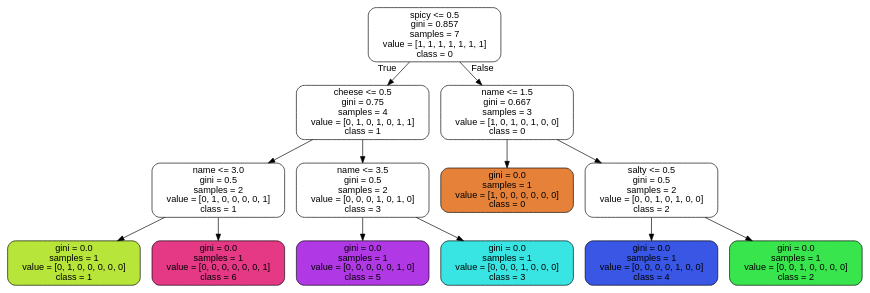
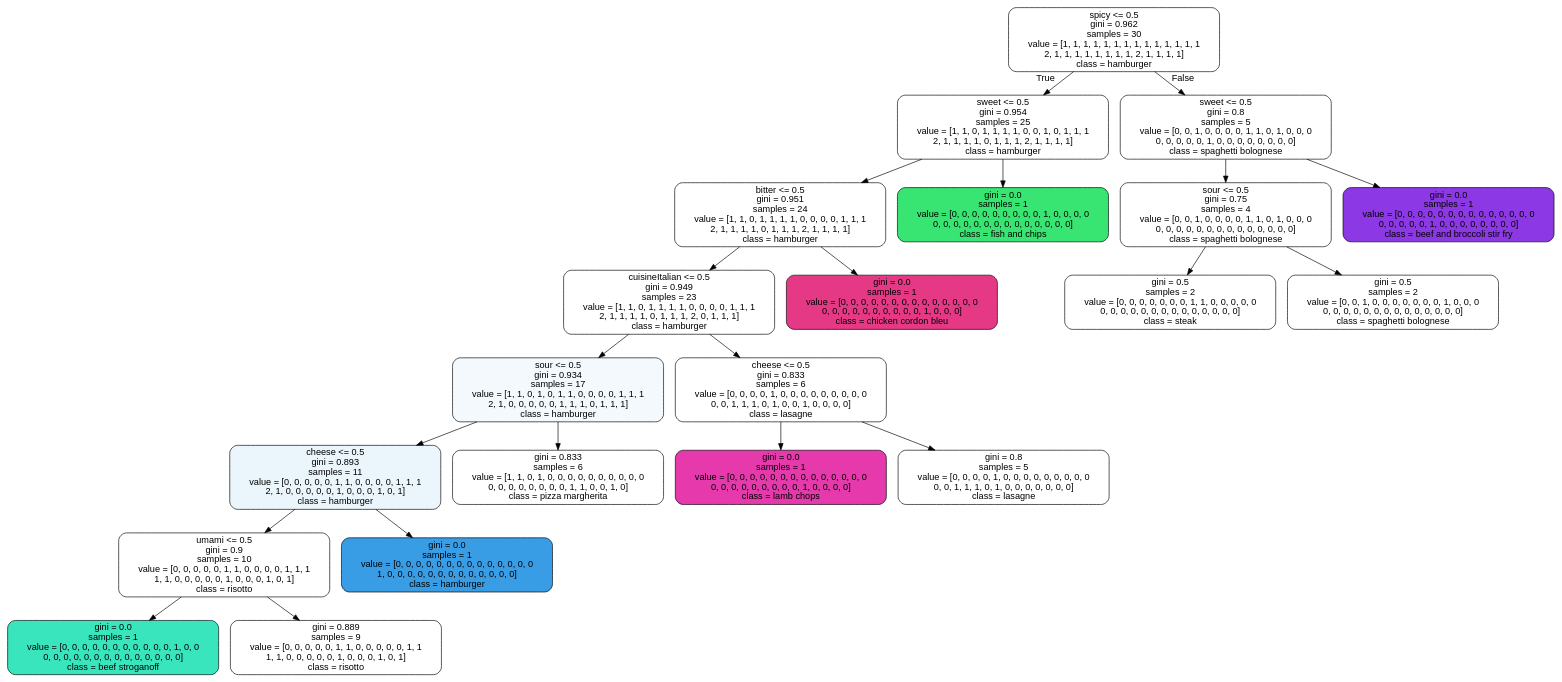
The diagram in iris_tree.dot (PawelManczak/Food-Akinator), drawn with Graphviz before and after one commit. The commit also changed 12 other files, not shown here.

```diff
--- a/iris_tree.dot
+++ b/iris_tree.dot
@@ -1,29 +1,45 @@
 digraph Tree {
 node [shape=box, style="filled, rounded", color="black", fontname="helvetica"] ;
 edge [fontname="helvetica"] ;
-0 [label="spicy <= 0.5\ngini = 0.857\nsamples = 7\nvalue = [1, 1, 1, 1, 1, 1, 1]\nclass = 0", fillcolor="#ffffff"] ;
-1 [label="cheese <= 0.5\ngini = 0.75\nsamples = 4\nvalue = [0, 1, 0, 1, 0, 1, 1]\nclass = 1", fillcolor="#ffffff"] ;
+0 [label="spicy <= 0.5\ngini = 0.962\nsamples = 30\nvalue = [1, 1, 1, 1, 1, 1, 1, 1, 1, 1, 1, 1, 1, 1\n2, 1, 1, 1, 1, 1, 1, 1, 1, 2, 1, 1, 1, 1]\nclass = hamburger", fillcolor="#ffffff"] ;
+1 [label="sweet <= 0.5\ngini = 0.954\nsamples = 25\nvalue = [1, 1, 0, 1, 1, 1, 1, 0, 0, 1, 0, 1, 1, 1\n2, 1, 1, 1, 1, 0, 1, 1, 1, 2, 1, 1, 1, 1]\nclass = hamburger", fillcolor="#ffffff"] ;
 0 -> 1 [labeldistance=2.5, labelangle=45, headlabel="True"] ;
-2 [label="name <= 3.0\ngini = 0.5\nsamples = 2\nvalue = [0, 1, 0, 0, 0, 0, 1]\nclass = 1", fillcolor="#ffffff"] ;
+2 [label="bitter <= 0.5\ngini = 0.951\nsamples = 24\nvalue = [1, 1, 0, 1, 1, 1, 1, 0, 0, 0, 0, 1, 1, 1\n2, 1, 1, 1, 1, 0, 1, 1, 1, 2, 1, 1, 1, 1]\nclass = hamburger", fillcolor="#ffffff"] ;
 1 -> 2 ;
-3 [label="gini = 0.0\nsamples = 1\nvalue = [0, 1, 0, 0, 0, 0, 0]\nclass = 1", fillcolor="#b7e539"] ;
+3 [label="cuisineItalian <= 0.5\ngini = 0.949\nsamples = 23\nvalue = [1, 1, 0, 1, 1, 1, 1, 0, 0, 0, 0, 1, 1, 1\n2, 1, 1, 1, 1, 0, 1, 1, 1, 2, 0, 1, 1, 1]\nclass = hamburger", fillcolor="#ffffff"] ;
 2 -> 3 ;
-4 [label="gini = 0.0\nsamples = 1\nvalue = [0, 0, 0, 0, 0, 0, 1]\nclass = 6", fillcolor="#e53986"] ;
-2 -> 4 ;
-5 [label="name <= 3.5\ngini = 0.5\nsamples = 2\nvalue = [0, 0, 0, 1, 0, 1, 0]\nclass = 3", fillcolor="#ffffff"] ;
-1 -> 5 ;
-6 [label="gini = 0.0\nsamples = 1\nvalue = [0, 0, 0, 0, 0, 1, 0]\nclass = 5", fillcolor="#b139e5"] ;
+4 [label="sour <= 0.5\ngini = 0.934\nsamples = 17\nvalue = [1, 1, 0, 1, 0, 1, 1, 0, 0, 0, 0, 1, 1, 1\n2, 1, 0, 0, 0, 0, 0, 1, 1, 1, 0, 1, 1, 1]\nclass = hamburger", fillcolor="#f3f9fd"] ;
+3 -> 4 ;
+5 [label="cheese <= 0.5\ngini = 0.893\nsamples = 11\nvalue = [0, 0, 0, 0, 0, 1, 1, 0, 0, 0, 0, 1, 1, 1\n2, 1, 0, 0, 0, 0, 0, 1, 0, 0, 0, 1, 0, 1]\nclass = hamburger", fillcolor="#ebf5fc"] ;
+4 -> 5 ;
+6 [label="umami <= 0.5\ngini = 0.9\nsamples = 10\nvalue = [0, 0, 0, 0, 0, 1, 1, 0, 0, 0, 0, 1, 1, 1\n1, 1, 0, 0, 0, 0, 0, 1, 0, 0, 0, 1, 0, 1]\nclass = risotto", fillcolor="#ffffff"] ;
 5 -> 6 ;
-7 [label="gini = 0.0\nsamples = 1\nvalue = [0, 0, 0, 1, 0, 0, 0]\nclass = 3", fillcolor="#39e5e2"] ;
-5 -> 7 ;
-8 [label="name <= 1.5\ngini = 0.667\nsamples = 3\nvalue = [1, 0, 1, 0, 1, 0, 0]\nclass = 0", fillcolor="#ffffff"] ;
-0 -> 8 [labeldistance=2.5, labelangle=-45, headlabel="False"] ;
-9 [label="gini = 0.0\nsamples = 1\nvalue = [1, 0, 0, 0, 0, 0, 0]\nclass = 0", fillcolor="#e58139"] ;
-8 -> 9 ;
-10 [label="salty <= 0.5\ngini = 0.5\nsamples = 2\nvalue = [0, 0, 1, 0, 1, 0, 0]\nclass = 2", fillcolor="#ffffff"] ;
-8 -> 10 ;
-11 [label="gini = 0.0\nsamples = 1\nvalue = [0, 0, 0, 0, 1, 0, 0]\nclass = 4", fillcolor="#3956e5"] ;
-10 -> 11 ;
-12 [label="gini = 0.0\nsamples = 1\nvalue = [0, 0, 1, 0, 0, 0, 0]\nclass = 2", fillcolor="#39e54d"] ;
-10 -> 12 ;
+7 [label="gini = 0.0\nsamples = 1\nvalue = [0, 0, 0, 0, 0, 0, 0, 0, 0, 0, 0, 1, 0, 0\n0, 0, 0, 0, 0, 0, 0, 0, 0, 0, 0, 0, 0, 0]\nclass = beef stroganoff", fillcolor="#39e5bd"] ;
+6 -> 7 ;
+8 [label="gini = 0.889\nsamples = 9\nvalue = [0, 0, 0, 0, 0, 1, 1, 0, 0, 0, 0, 0, 1, 1\n1, 1, 0, 0, 0, 0, 0, 1, 0, 0, 0, 1, 0, 1]\nclass = risotto", fillcolor="#ffffff"] ;
+6 -> 8 ;
+9 [label="gini = 0.0\nsamples = 1\nvalue = [0, 0, 0, 0, 0, 0, 0, 0, 0, 0, 0, 0, 0, 0\n1, 0, 0, 0, 0, 0, 0, 0, 0, 0, 0, 0, 0, 0]\nclass = hamburger", fillcolor="#399de5"] ;
+5 -> 9 ;
+10 [label="gini = 0.833\nsamples = 6\nvalue = [1, 1, 0, 1, 0, 0, 0, 0, 0, 0, 0, 0, 0, 0\n0, 0, 0, 0, 0, 0, 0, 0, 1, 1, 0, 0, 1, 0]\nclass = pizza margherita", fillcolor="#ffffff"] ;
+4 -> 10 ;
+11 [label="cheese <= 0.5\ngini = 0.833\nsamples = 6\nvalue = [0, 0, 0, 0, 1, 0, 0, 0, 0, 0, 0, 0, 0, 0\n0, 0, 1, 1, 1, 0, 1, 0, 0, 1, 0, 0, 0, 0]\nclass = lasagne", fillcolor="#ffffff"] ;
+3 -> 11 ;
+12 [label="gini = 0.0\nsamples = 1\nvalue = [0, 0, 0, 0, 0, 0, 0, 0, 0, 0, 0, 0, 0, 0\n0, 0, 0, 0, 0, 0, 0, 0, 0, 1, 0, 0, 0, 0]\nclass = lamb chops", fillcolor="#e539ac"] ;
+11 -> 12 ;
+13 [label="gini = 0.8\nsamples = 5\nvalue = [0, 0, 0, 0, 1, 0, 0, 0, 0, 0, 0, 0, 0, 0\n0, 0, 1, 1, 1, 0, 1, 0, 0, 0, 0, 0, 0, 0]\nclass = lasagne", fillcolor="#ffffff"] ;
+11 -> 13 ;
+14 [label="gini = 0.0\nsamples = 1\nvalue = [0, 0, 0, 0, 0, 0, 0, 0, 0, 0, 0, 0, 0, 0\n0, 0, 0, 0, 0, 0, 0, 0, 0, 0, 1, 0, 0, 0]\nclass = chicken cordon bleu", fillcolor="#e53986"] ;
+2 -> 14 ;
+15 [label="gini = 0.0\nsamples = 1\nvalue = [0, 0, 0, 0, 0, 0, 0, 0, 0, 1, 0, 0, 0, 0\n0, 0, 0, 0, 0, 0, 0, 0, 0, 0, 0, 0, 0, 0]\nclass = fish and chips", fillcolor="#39e572"] ;
+1 -> 15 ;
+16 [label="sweet <= 0.5\ngini = 0.8\nsamples = 5\nvalue = [0, 0, 1, 0, 0, 0, 0, 1, 1, 0, 1, 0, 0, 0\n0, 0, 0, 0, 0, 1, 0, 0, 0, 0, 0, 0, 0, 0]\nclass = spaghetti bolognese", fillcolor="#ffffff"] ;
+0 -> 16 [labeldistance=2.5, labelangle=-45, headlabel="False"] ;
+17 [label="sour <= 0.5\ngini = 0.75\nsamples = 4\nvalue = [0, 0, 1, 0, 0, 0, 0, 1, 1, 0, 1, 0, 0, 0\n0, 0, 0, 0, 0, 0, 0, 0, 0, 0, 0, 0, 0, 0]\nclass = spaghetti bolognese", fillcolor="#ffffff"] ;
+16 -> 17 ;
+18 [label="gini = 0.5\nsamples = 2\nvalue = [0, 0, 0, 0, 0, 0, 0, 1, 1, 0, 0, 0, 0, 0\n0, 0, 0, 0, 0, 0, 0, 0, 0, 0, 0, 0, 0, 0]\nclass = steak", fillcolor="#ffffff"] ;
+17 -> 18 ;
+19 [label="gini = 0.5\nsamples = 2\nvalue = [0, 0, 1, 0, 0, 0, 0, 0, 0, 0, 1, 0, 0, 0\n0, 0, 0, 0, 0, 0, 0, 0, 0, 0, 0, 0, 0, 0]\nclass = spaghetti bolognese", fillcolor="#ffffff"] ;
+17 -> 19 ;
+20 [label="gini = 0.0\nsamples = 1\nvalue = [0, 0, 0, 0, 0, 0, 0, 0, 0, 0, 0, 0, 0, 0\n0, 0, 0, 0, 0, 1, 0, 0, 0, 0, 0, 0, 0, 0]\nclass = beef and broccoli stir fry", fillcolor="#8c39e5"] ;
+16 -> 20 ;
 }
```
